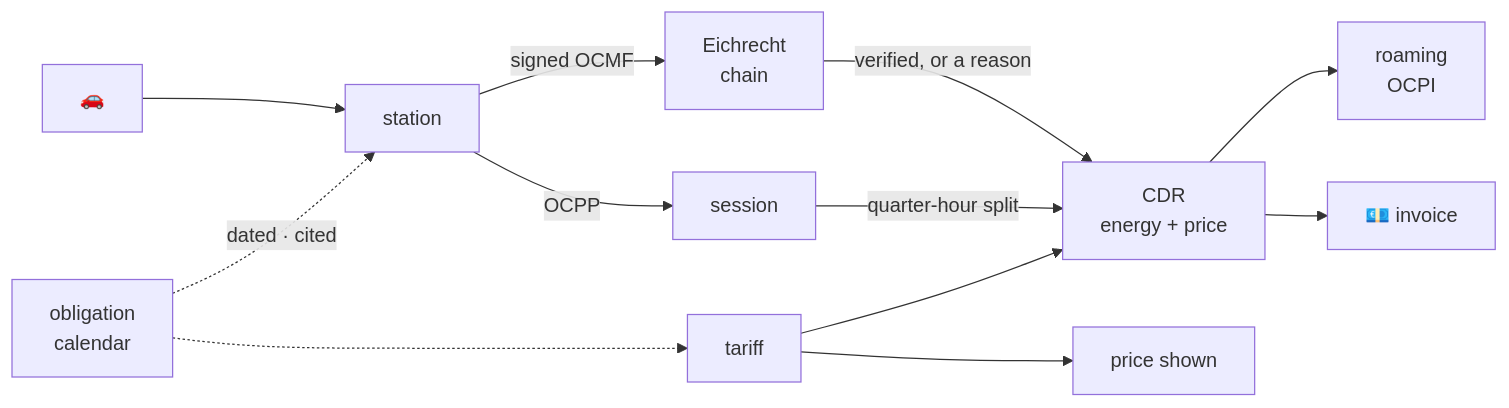
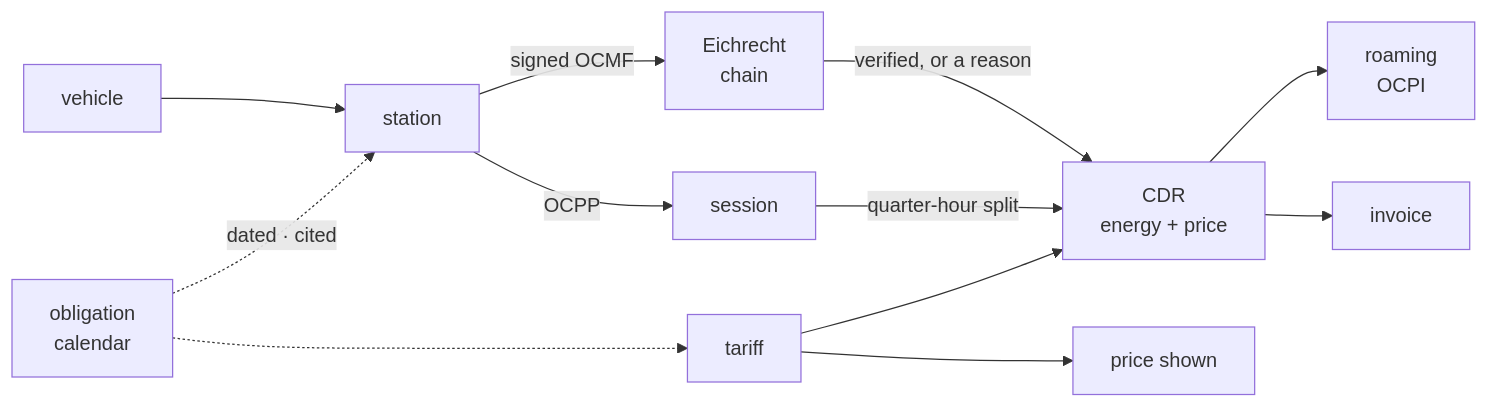
Before and after one commit to hupe1980/emob: the diagram in README.md, drawn with Mermaid. The commit also changed other lines of this file and 38 other files, not shown here.

````diff
--- a/README.md
+++ b/README.md
@@ -36,14 +36,14 @@
 ```mermaid
 flowchart LR
-    EV["🚗"] --> CS["station"]
+    EV["vehicle"] --> CS["station"]
     CS -->|OCPP| SES["session"]
     CS -->|"signed OCMF"| EICH["Eichrecht<br/>chain"]
     EICH -->|"verified, or a reason"| CDR
     SES -->|"quarter-hour split"| CDR["CDR<br/>energy + price"]
     TAR["tariff"] --> CDR
     TAR --> DISP["price shown"]
     CDR --> ROAM["roaming<br/>OCPI"]
-    CDR --> INV["💶 invoice"]
+    CDR --> INV["invoice"]
     RULES["obligation<br/>calendar"] -.->|dated · cited| CS
     RULES -.-> TAR
 ```
````
